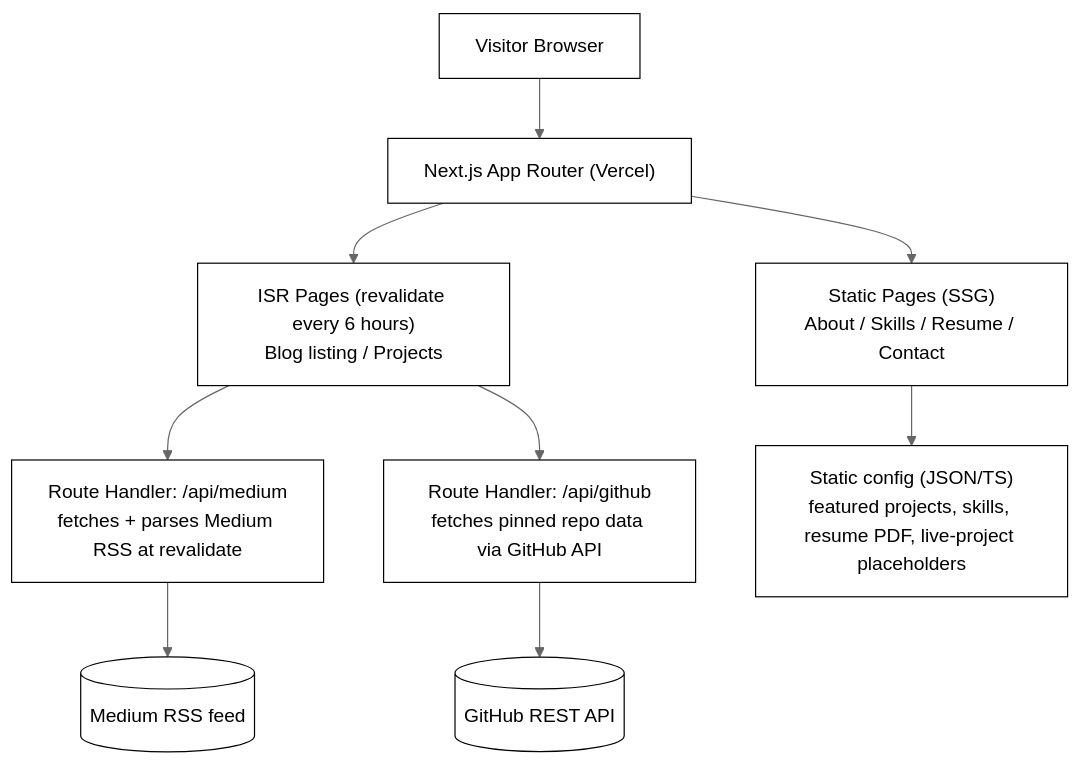
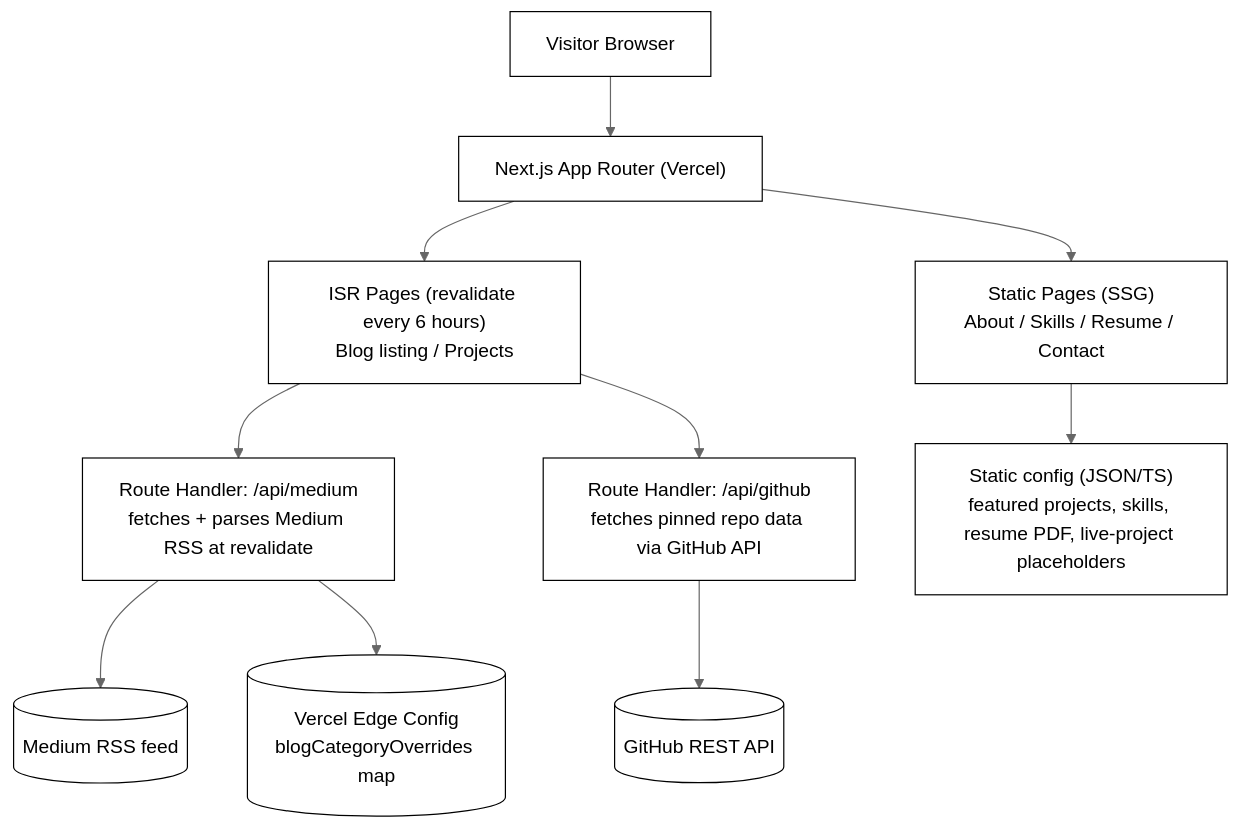
One commit to nadeem4/portfolio changed the diagram in docs/superpowers/specs/2026-08-11-portfolio-website-design.md. Above: the diagram before and after it, drawn with Mermaid (neutral theme). The commit also changed other lines of this file and 1 other file, not shown here.

First line of the commit message:
Add Edge Config-backed blog category overrides

````diff
--- a/docs/superpowers/specs/2026-08-11-portfolio-website-design.md
+++ b/docs/superpowers/specs/2026-08-11-portfolio-website-design.md
@@ -30,14 +31,15 @@
 ```mermaid
 flowchart TD
     A["Visitor Browser"] --> B["Next.js App Router (Vercel)"]
     B --> C["Static Pages (SSG)<br/>About / Skills / Resume / Contact"]
     B --> D["ISR Pages (revalidate every 6 hours)<br/>Blog listing / Projects"]
     D --> E["Route Handler: /api/medium<br/>fetches + parses Medium RSS at revalidate"]
     D --> F["Route Handler: /api/github<br/>fetches pinned repo data via GitHub API"]
     C --> G["Static config (JSON/TS)<br/>featured projects, skills, resume PDF, live-project placeholders"]
     E --> H[("Medium RSS feed")]
     F --> I[("GitHub REST API")]
+    E --> J[("Vercel Edge Config<br/>blogCategoryOverrides map")]
 
     classDef node fill:#fff,stroke:#000,color:#000;
-    class A,B,C,D,E,F,G,H,I node;
+    class A,B,C,D,E,F,G,H,I,J node;
 ```
````
